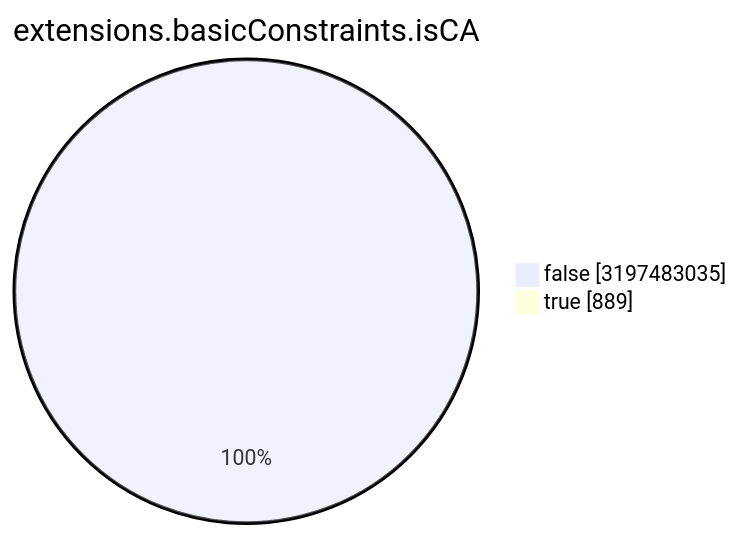
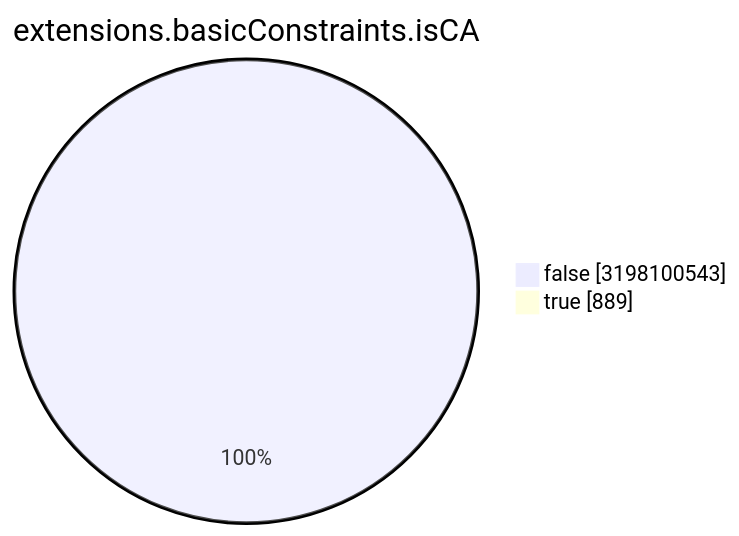
The seventh of 15 diagrams in TOTAL/README.md (christiankrug/ctmonitor_visualization), drawn with Mermaid before and after one commit. The commit also changed other lines of this file, not shown here.

````diff
--- a/TOTAL/README.md
+++ b/TOTAL/README.md
@@ -3088,6 +3088,6 @@
 ```mermaid
 pie showData
 title extensions.basicConstraints.isCA
-"false" :3197483035
+"false" :3198100543
 "true" :889
 ```
````
